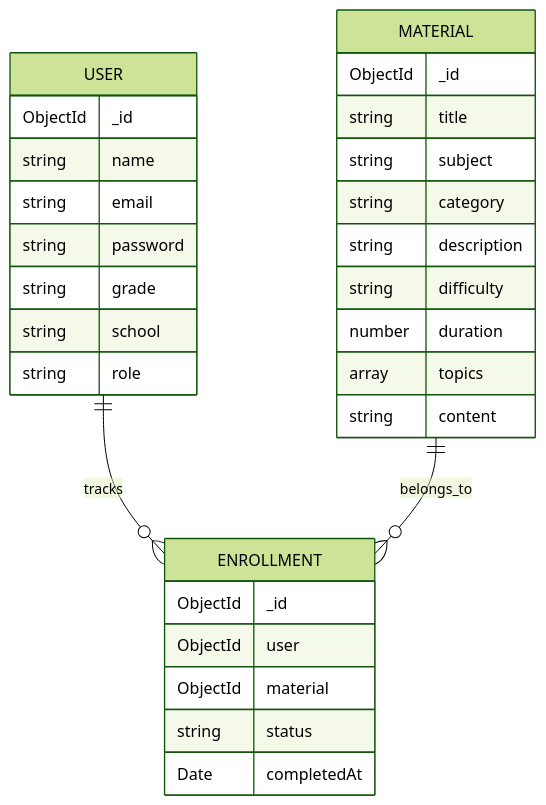
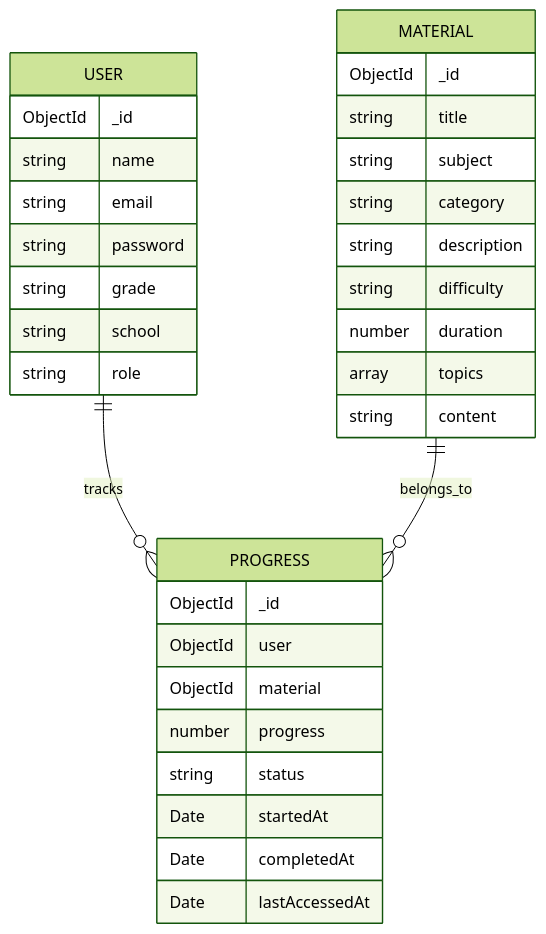
Before and after one commit to theo00000/learning-support-platform: the third of 3 diagrams in readme.md, drawn with Mermaid (forest theme). The commit also changed other lines of this file, not shown here.

````diff
--- a/readme.md
+++ b/readme.md
@@ -320,35 +181,38 @@
 ```mermaid
 erDiagram
-    USER ||--o{ ENROLLMENT : tracks
-    MATERIAL ||--o{ ENROLLMENT : belongs_to
+    USER ||--o{ PROGRESS : tracks
+    MATERIAL ||--o{ PROGRESS : belongs_to
 
     USER {
         ObjectId _id
         string name
         string email
         string password
         string grade
         string school
         string role
     }
 
     MATERIAL {
         ObjectId _id
         string title
         string subject
         string category
         string description
         string difficulty
         number duration
         array topics
         string content
     }
 
-    ENROLLMENT {
+    PROGRESS {
         ObjectId _id
         ObjectId user
         ObjectId material
+        number progress
         string status
+        Date startedAt
         Date completedAt
+        Date lastAccessedAt
     }
 ```
````
